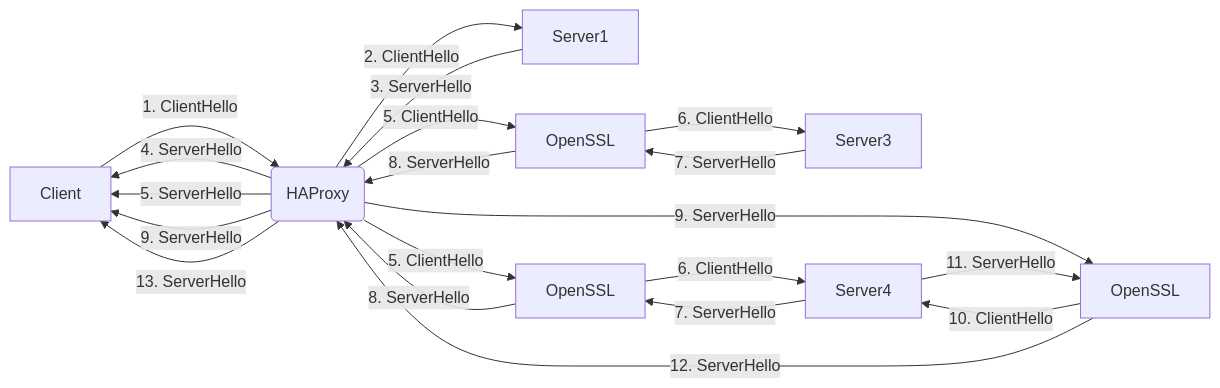
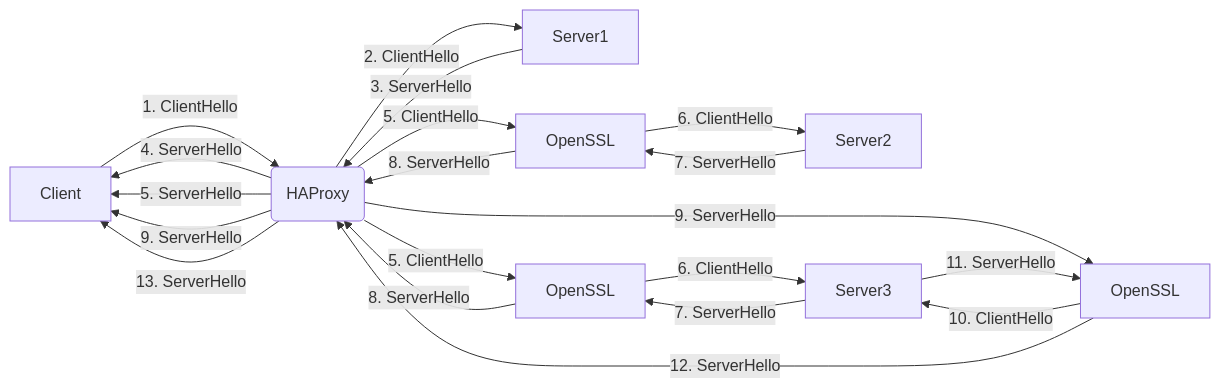
One commit to emmahone/haproxy-state-machine changed the second of 3 diagrams in README.md. Above: the diagram before and after it, drawn with Mermaid.

````diff
--- a/README.md
+++ b/README.md
@@ -28,28 +28,28 @@
 ```mermaid
 graph LR
   A[Client] -->|1. ClientHello| B(HAProxy);
   B -->|2. ClientHello| C[Server1];
   C -->|3. ServerHello| B;
   B -->|4. ServerHello| A;
   
   %% Passthrough
   B -->|5. ServerHello| A;
   
   %% Edge
   B -->|5. ClientHello| E[OpenSSL];
-  E -->|6. ClientHello| F[Server3];
+  E -->|6. ClientHello| F[Server2];
   F -->|7. ServerHello| E;
   E -->|8. ServerHello| B;
   B -->|9. ServerHello| A;
   
   %% Re-encrypt
   B -->|5. ClientHello| G[OpenSSL];
-  G -->|6. ClientHello| H[Server4];
+  G -->|6. ClientHello| H[Server3];
   H -->|7. ServerHello| G;
   G -->|8. ServerHello| B;
   B -->|9. ServerHello| I[OpenSSL];
   I -->|10. ClientHello| H;
   H -->|11. ServerHello| I;
   I -->|12. ServerHello| B;
   B -->|13. ServerHello| A;
 ```
````
